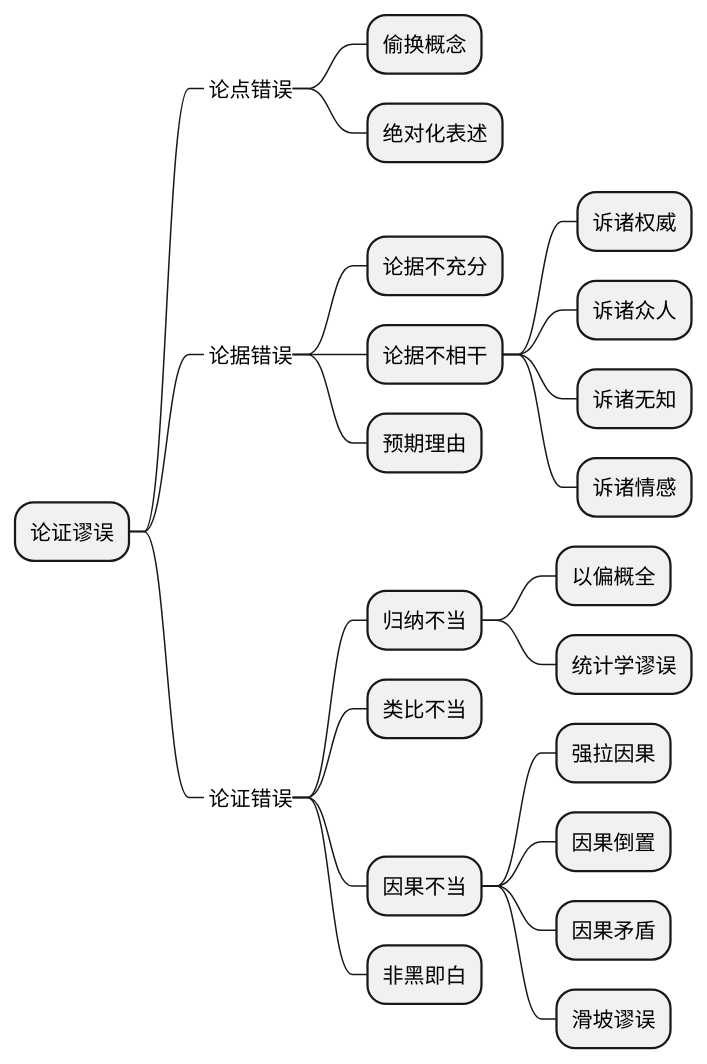
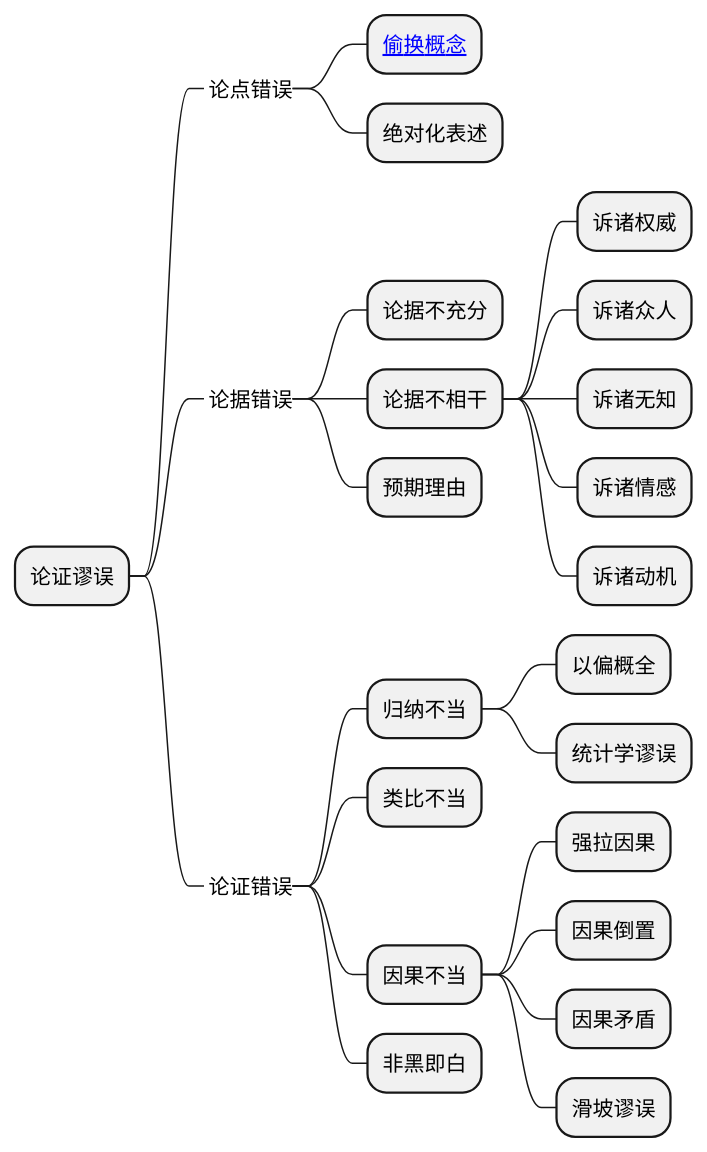
Before and after one commit to holmofy/blog.hufeifei.cn: the sixth of 6 diagrams in source/_posts/logic/logic.md, drawn with PlantUML. The commit also changed other lines of this file, not shown here.

````diff
--- a/source/_posts/logic/logic.md
+++ b/source/_posts/logic/logic.md
@@ -174,27 +174,28 @@
 ```plantuml
 @startmindmap
 * 论证谬误
 **_ 论点错误
-*** 偷换概念
+*** [[https://baike.baidu.com/item/偷换概念/6714008 偷换概念]]
 *** 绝对化表述
 **_ 论据错误
 *** 论据不充分
 *** 论据不相干
 **** 诉诸权威
 **** 诉诸众人
 **** 诉诸无知
 **** 诉诸情感
+**** 诉诸动机
 *** 预期理由
 **_ 论证错误
 *** 归纳不当
 **** 以偏概全
 **** 统计学谬误
 *** 类比不当
 *** 因果不当
 **** 强拉因果
 **** 因果倒置
 **** 因果矛盾
 **** 滑坡谬误
 *** 非黑即白
 @endmindmap
 ```
````
